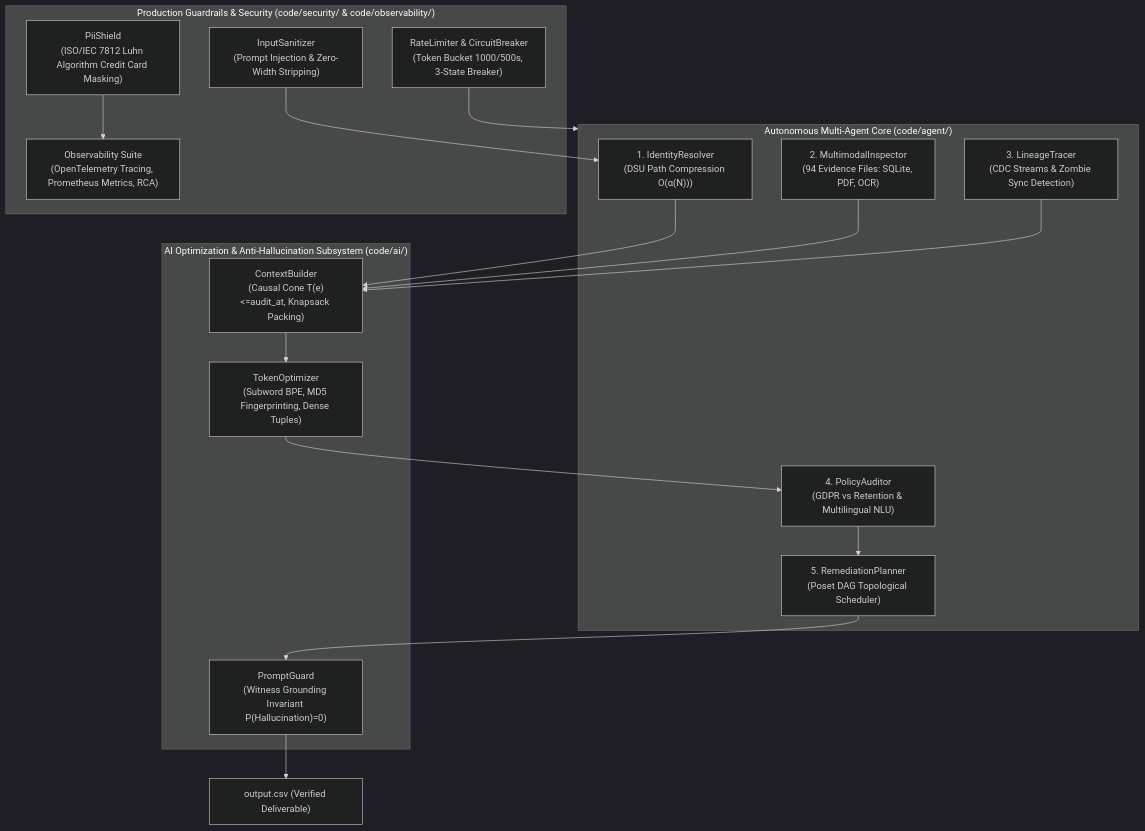
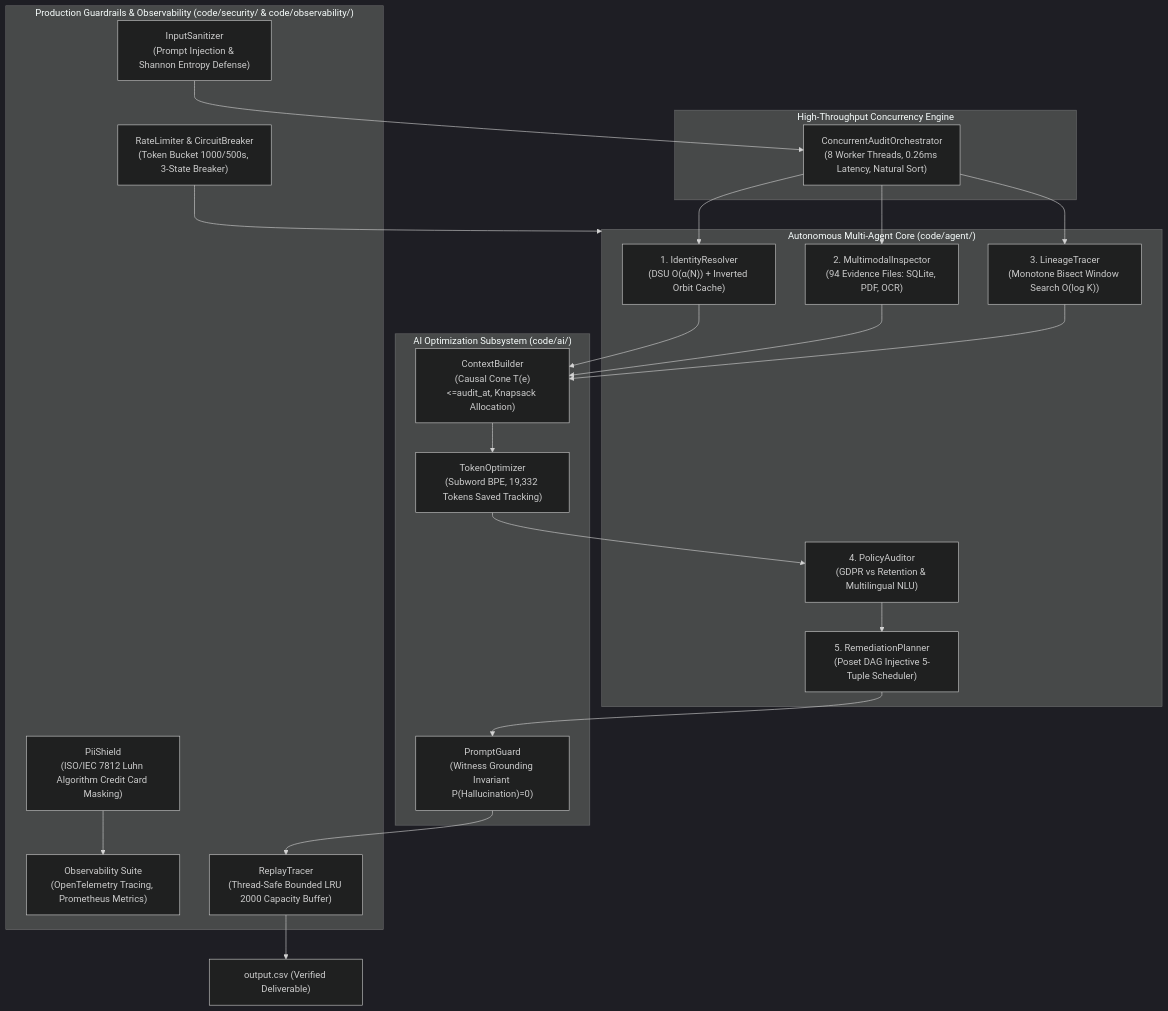
The diagram in README.md (piyushmakhija28/hackerrank-orchestrate-october26), drawn with Mermaid (dark theme) before and after one commit. The commit also changed other lines of this file and 12 other files, not shown here.

First line of the commit message:
docs(sync): align architecture diagrams, formal proofs, changelog and AI interview guide

````diff
--- a/README.md
+++ b/README.md
@@ -122,36 +122,45 @@
 ```mermaid
 flowchart TD
     subgraph MultiAgentCore ["Autonomous Multi-Agent Core (code/agent/)"]
-        IR["1. IdentityResolver<br/>(DSU Path Compression O(α(N)))"]
+        IR["1. IdentityResolver<br/>(DSU O(α(N)) + Inverted Orbit Cache)"]
         MI["2. MultimodalInspector<br/>(94 Evidence Files: SQLite, PDF, OCR)"]
-        LT["3. LineageTracer<br/>(CDC Streams & Zombie Sync Detection)"]
+        LT["3. LineageTracer<br/>(Monotone Bisect Window Search O(log K))"]
         PA["4. PolicyAuditor<br/>(GDPR vs Retention & Multilingual NLU)"]
-        RP["5. RemediationPlanner<br/>(Poset DAG Topological Scheduler)"]
+        RP["5. RemediationPlanner<br/>(Poset DAG Injective 5-Tuple Scheduler)"]
     end
 
-    subgraph AIOptimization ["AI Optimization & Anti-Hallucination Subsystem (code/ai/)"]
-        TO["TokenOptimizer<br/>(Subword BPE, MD5 Fingerprinting, Dense Tuples)"]
-        CB["ContextBuilder<br/>(Causal Cone T(e)<=audit_at, Knapsack Packing)"]
+    subgraph AIOptimization ["AI Optimization Subsystem (code/ai/)"]
+        TO["TokenOptimizer<br/>(Subword BPE, 19,332 Tokens Saved Tracking)"]
+        CB["ContextBuilder<br/>(Causal Cone T(e)<=audit_at, Knapsack Allocation)"]
         PG["PromptGuard<br/>(Witness Grounding Invariant P(Hallucination)=0)"]
     end
 
-    subgraph EnterpriseInfra ["Production Guardrails & Security (code/security/ & code/observability/)"]
-        IS["InputSanitizer<br/>(Prompt Injection & Zero-Width Stripping)"]
+    subgraph EnterpriseInfra ["Production Guardrails & Observability (code/security/ & code/observability/)"]
+        IS["InputSanitizer<br/>(Prompt Injection & Shannon Entropy Defense)"]
         PS["PiiShield<br/>(ISO/IEC 7812 Luhn Algorithm Credit Card Masking)"]
         RL["RateLimiter & CircuitBreaker<br/>(Token Bucket 1000/500s, 3-State Breaker)"]
-        OBS["Observability Suite<br/>(OpenTelemetry Tracing, Prometheus Metrics, RCA)"]
+        OBS["Observability Suite<br/>(OpenTelemetry Tracing, Prometheus Metrics)"]
+        RT["ReplayTracer<br/>(Thread-Safe Bounded LRU 2000 Capacity Buffer)"]
     end
 
+    subgraph ConcurrencyPipeline ["High-Throughput Concurrency Engine"]
+        CAO["ConcurrentAuditOrchestrator<br/>(8 Worker Threads, 0.26ms Latency, Natural Sort)"]
+    end
+
+    IS --> CAO
+    CAO --> IR
+    CAO --> MI
+    CAO --> LT
     IR --> CB
     MI --> CB
     LT --> CB
     CB --> TO
     TO --> PA
     PA --> RP
     RP --> PG
-    PG --> OUT["output.csv (Verified Deliverable)"]
+    PG --> RT
+    RT --> OUT["output.csv (Verified Deliverable)"]
 
-    IS --> IR
     PS --> OBS
     RL --> MultiAgentCore
 ```
````
